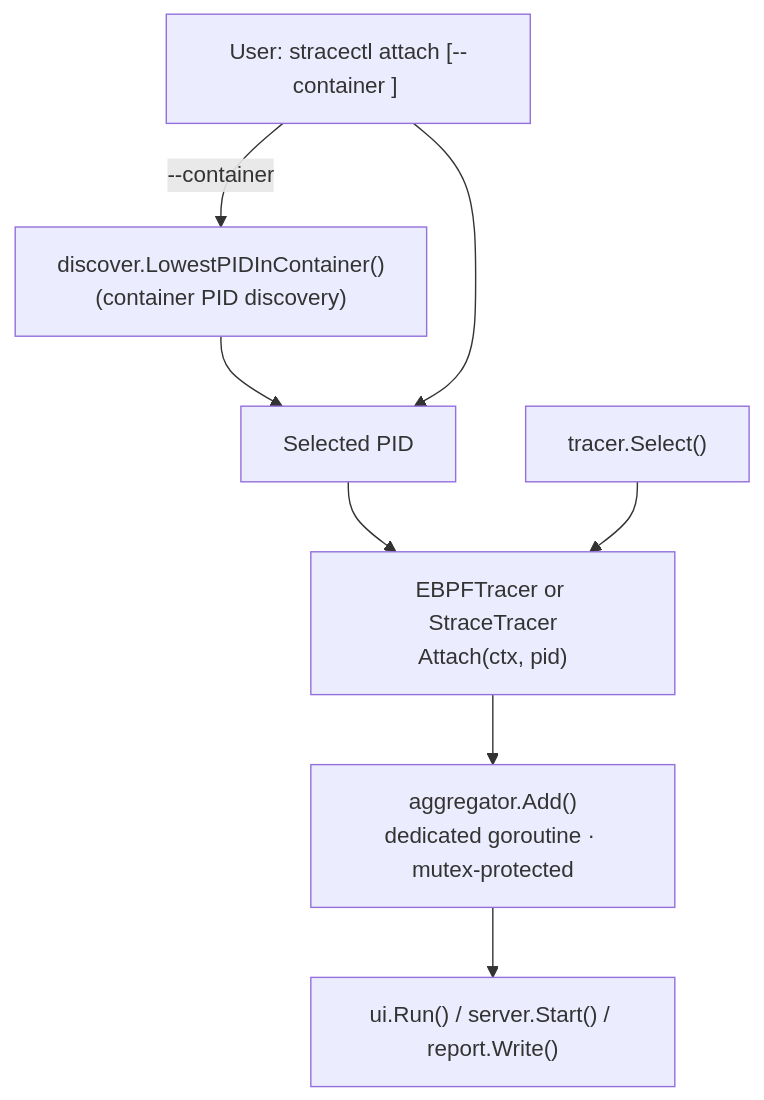
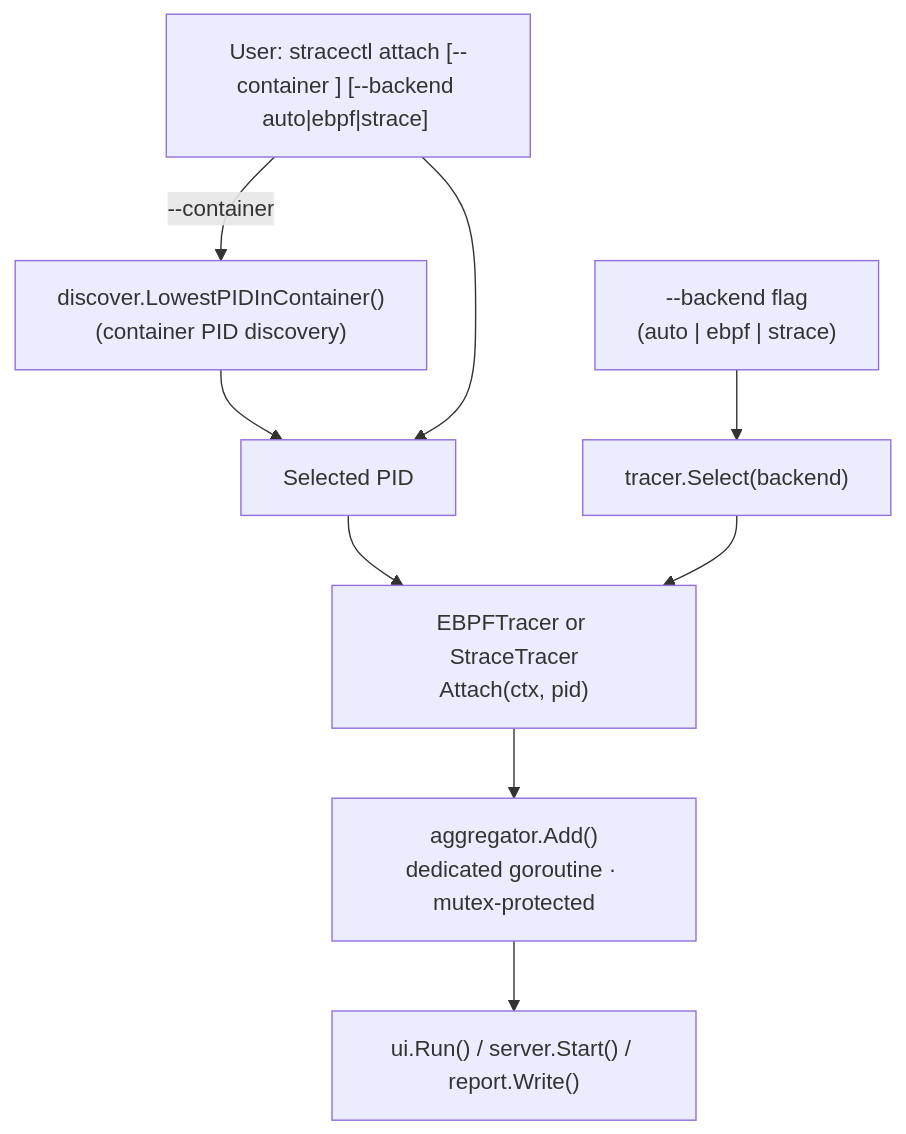
Before and after one commit to fabianoflorentino/stracectl: the diagram in docs/flow_attach_discover.md, drawn with Mermaid. The commit also changed other lines of this file, not shown here.

Commit message:
docs: fix attach/discover diagram to show --backend flag input
tracer.Select() always receives the --backend flag value; the previous
diagram showed SELECT with no input source, implying it was independent
of user flags. Add BACKEND node and wire it into SELECT(backend) to
accurately reflect the call signature in cmd/attach.go

````diff
--- a/docs/flow_attach_discover.md
+++ b/docs/flow_attach_discover.md
@@ -5,17 +5,19 @@
 ```mermaid
 flowchart TD
-  USER["User: stracectl attach [--container <name>] <pid>"]
+  USER["User: stracectl attach [--container <name>] [--backend auto|ebpf|strace] <pid>"]
   DISC["discover.LowestPIDInContainer()\n(container PID discovery)"]
   PID["Selected PID"]
-  SELECT["tracer.Select()"]
+  BACKEND["--backend flag\n(auto | ebpf | strace)"]
+  SELECT["tracer.Select(backend)"]
   TRACER["EBPFTracer or StraceTracer\nAttach(ctx, pid)"]
   AGG["aggregator.Add()\ndedicated goroutine · mutex-protected"]
   UI["ui.Run() / server.Start() / report.Write()"]
 
   USER -->|"--container"| DISC --> PID
   USER -->|"<pid>"| PID
+  BACKEND --> SELECT
   PID --> TRACER
   SELECT --> TRACER
   TRACER --> AGG
   AGG --> UI
 ```
````
